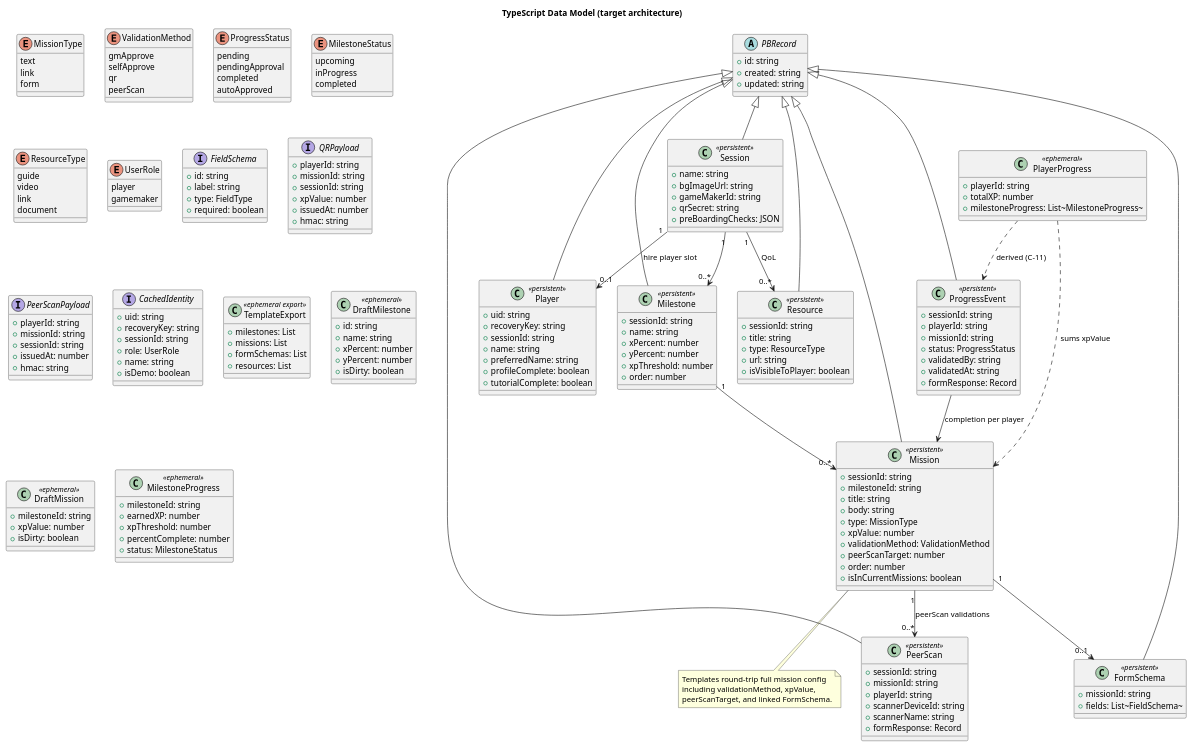
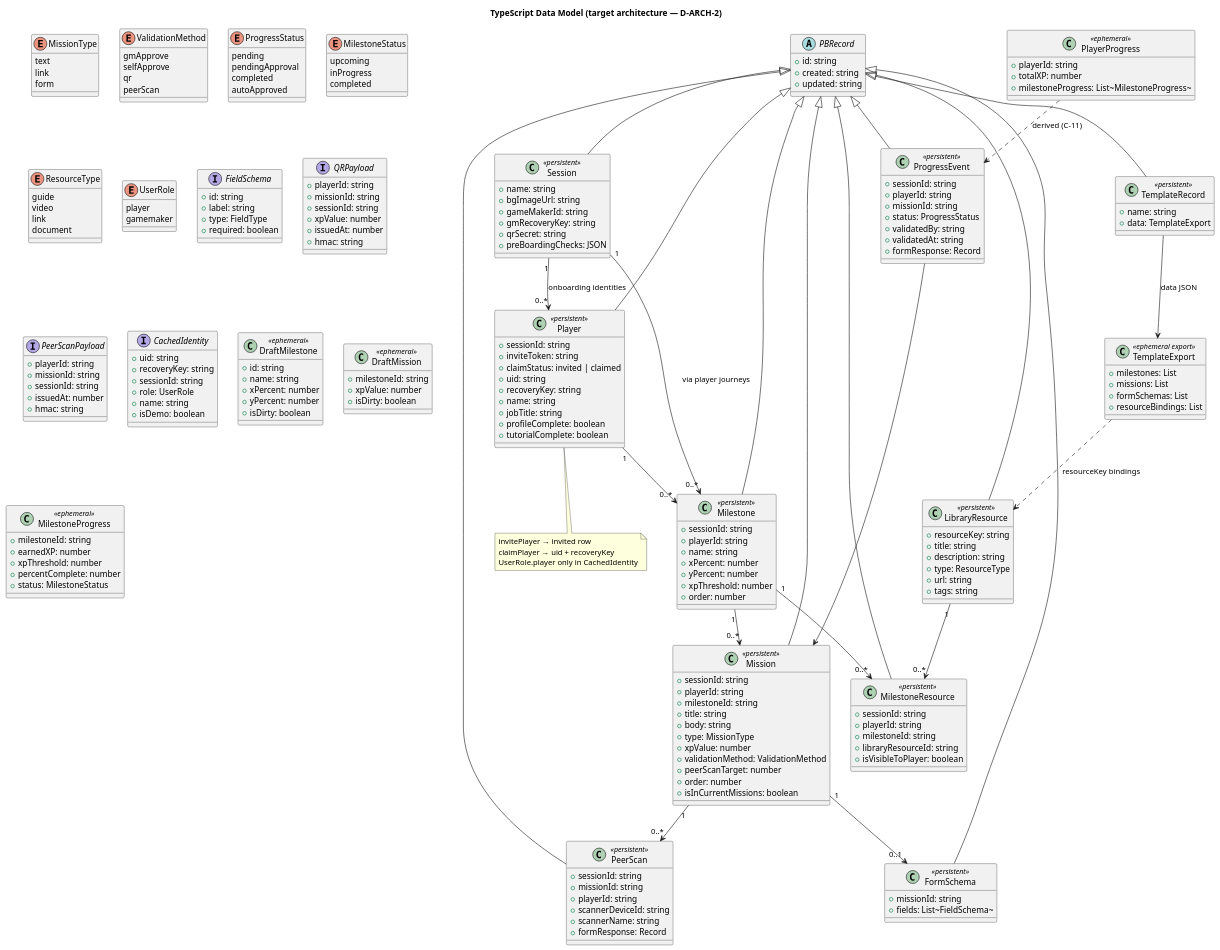
One commit to hoonsubin/messe-buddy-app changed the diagram in docs/ts-data-model.puml. Above: the diagram before and after it, drawn with PlantUML. The commit also changed 16 other files, not shown here.

Commit message:
update diagrams

```diff
--- a/docs/ts-data-model.puml
+++ b/docs/ts-data-model.puml
@@ -1,5 +1,5 @@
 @startuml diagram_06_class_data_model
-title TypeScript Data Model (target architecture)
+title TypeScript Data Model (target architecture — D-ARCH-2)
 
 ' ── UNION TYPES (const object + keyof — C-12) ─────────────────
 enum MissionType {
@@ -33,6 +33,7 @@
 enum UserRole {
   player
   gamemaker
+  ' CachedIdentity only — not stored on Player rows
 }
 
 ' ── VALUE OBJECTS ─────────────────────────────────────────────
@@ -49,7 +50,6 @@
   +xpValue: number
   +issuedAt: number
   +hmac: string
-  ' GM validation QR only (validationMethod = qr)
 }
 interface PeerScanPayload {
   +playerId: string
@@ -57,7 +57,6 @@
   +sessionId: string
   +issuedAt: number
   +hmac: string
-  ' Crowd attestation QR (validationMethod = peerScan)
 }
 interface CachedIdentity {
   +uid: string
@@ -79,42 +78,45 @@
   +name: string
   +bgImageUrl: string
   +gameMakerId: string
+  +gmRecoveryKey: string
   +qrSecret: string
   +preBoardingChecks: JSON
+  ' GM identity — not a players row
 }
 
 class Player <<persistent>> {
+  +sessionId: string
+  +inviteToken: string
+  +claimStatus: invited | claimed
   +uid: string
   +recoveryKey: string
-  +sessionId: string
   +name: string
-  +preferredName: string
+  +jobTitle: string
   +profileComplete: boolean
   +tutorialComplete: boolean
-  ' ... profile fields
+  ' no role field — collection = player identities
 }
 
 class Milestone <<persistent>> {
   +sessionId: string
+  +playerId: string
   +name: string
   +xPercent: number
   +yPercent: number
   +xpThreshold: number
   +order: number
-  ' xpThreshold = sum(missions.xpValue) in milestone
 }
 
 class Mission <<persistent>> {
   +sessionId: string
+  +playerId: string
   +milestoneId: string
   +title: string
   +body: string
   +type: MissionType
   +xpValue: number
-  ' **GM-set directly — no difficulty field**
   +validationMethod: ValidationMethod
   +peerScanTarget: number
-  ' required when validationMethod = peerScan
   +order: number
   +isInCurrentMissions: boolean
 }
@@ -136,16 +138,24 @@
   +scannerDeviceId: string
   +scannerName: string
   +formResponse: Record
-  ' unique (missionId, playerId, scannerDeviceId)
 }
 
-class Resource <<persistent>> {
-  +sessionId: string
+class LibraryResource <<persistent>> {
+  +resourceKey: string
   +title: string
+  +description: string
   +type: ResourceType
   +url: string
+  +tags: string
+  ' company-wide catalog
+}
+
+class MilestoneResource <<persistent>> {
+  +sessionId: string
+  +playerId: string
+  +milestoneId: string
+  +libraryResourceId: string
   +isVisibleToPlayer: boolean
-  ' session-scoped QoL — no missionId FK
 }
 
 class FormSchema <<persistent>> {
@@ -153,11 +163,18 @@
   +fields: List~FieldSchema~
 }
 
+class TemplateRecord <<persistent>> {
+  +name: string
+  +data: TemplateExport
+  ' global — no sessionId
+}
+
 class TemplateExport <<ephemeral export>> {
   +milestones: List
   +missions: List
   +formSchemas: List
-  +resources: List
+  +resourceBindings: List
+  ' milestoneOrder + resourceKey
 }
 
 ' ── EPHEMERAL (client-only) ────────────────────────────────────
@@ -173,7 +190,6 @@
   +milestoneId: string
   +xpValue: number
   +isDirty: boolean
-  ' ... editable mission fields
 }
 
 class MilestoneProgress <<ephemeral>> {
@@ -197,23 +213,28 @@
 PBRecord <|-- Mission
 PBRecord <|-- ProgressEvent
 PBRecord <|-- PeerScan
-PBRecord <|-- Resource
+PBRecord <|-- LibraryResource
+PBRecord <|-- MilestoneResource
 PBRecord <|-- FormSchema
+PBRecord <|-- TemplateRecord
 
-Session "1" --> "0..*" Milestone
-Session "1" --> "0..1" Player : hire player slot
-Session "1" --> "0..*" Resource : QoL
+Session "1" --> "0..*" Player : onboarding identities
+Session "1" --> "0..*" Milestone : via player journeys
+Player "1" --> "0..*" Milestone
 Milestone "1" --> "0..*" Mission
 Mission "1" --> "0..1" FormSchema
-Mission "1" --> "0..*" PeerScan : peerScan validations
-ProgressEvent --> Mission : completion per player
+Mission "1" --> "0..*" PeerScan
+Milestone "1" --> "0..*" MilestoneResource
+LibraryResource "1" --> "0..*" MilestoneResource
+ProgressEvent --> Mission
 PlayerProgress ..> ProgressEvent : derived (C-11)
-PlayerProgress ..> Mission : sums xpValue
+TemplateExport ..> LibraryResource : resourceKey bindings
+TemplateRecord --> TemplateExport : data JSON
 
-note bottom of Mission
-  Templates round-trip full mission config
-  including validationMethod, xpValue,
-  peerScanTarget, and linked FormSchema.
+note bottom of Player
+  invitePlayer → invited row
+  claimPlayer → uid + recoveryKey
+  UserRole.player only in CachedIdentity
 end note
 
 @enduml
```
